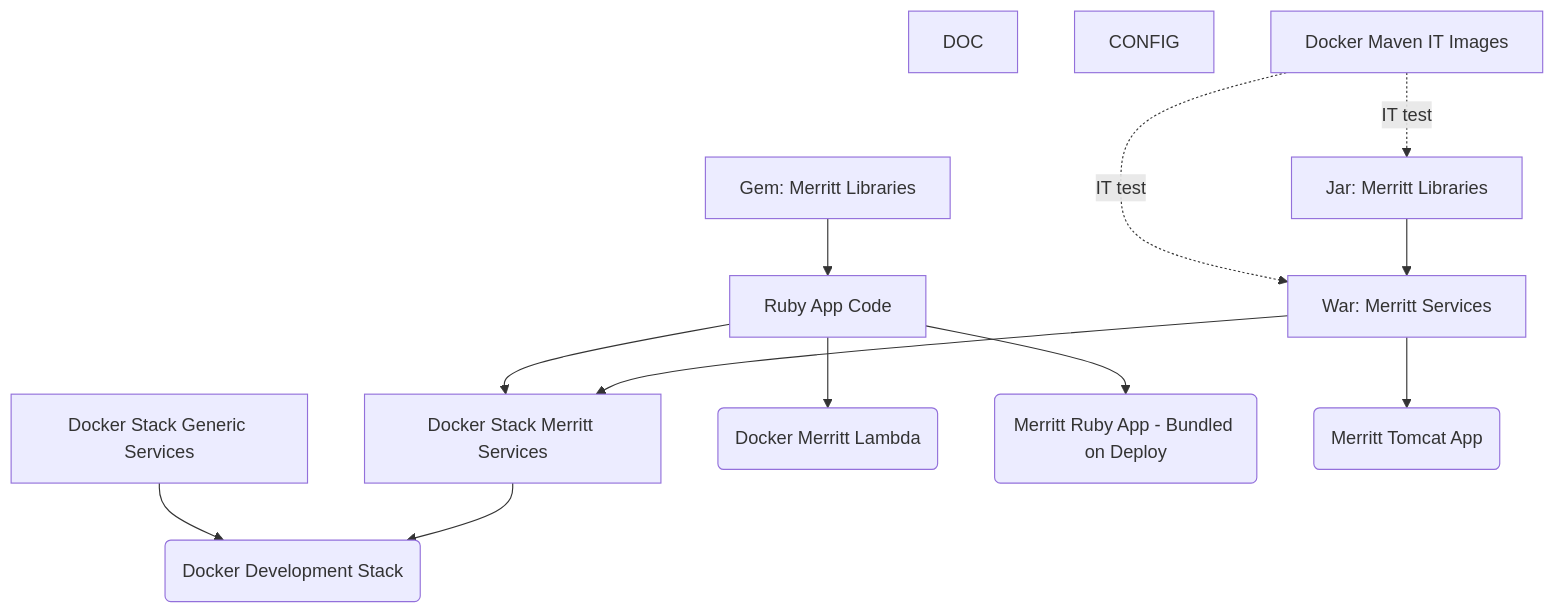
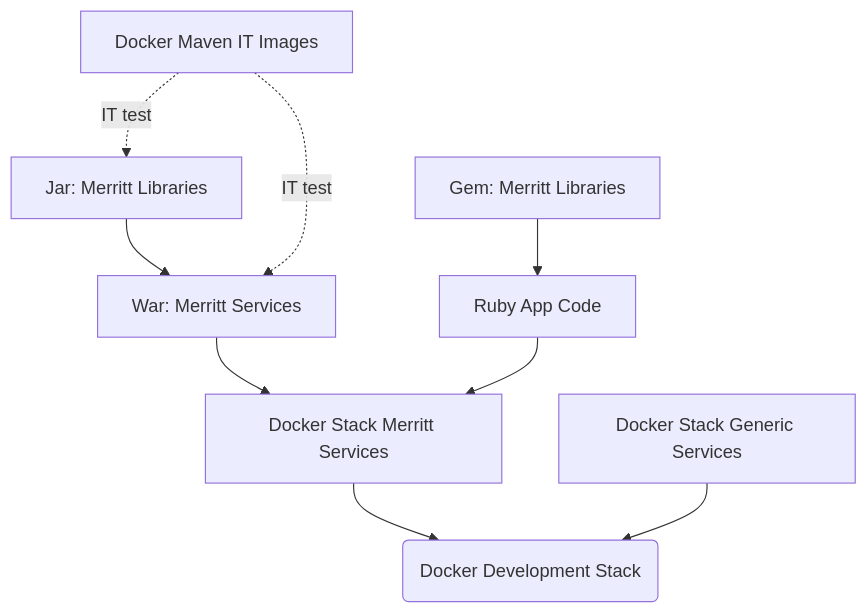
One commit to CDLUC3/mrt-doc changed the fifth of 5 diagrams in design/aws-build/README.md. Above: the diagram before and after it, drawn with Mermaid. The commit also changed other lines of this file, not shown here.

````diff
--- a/design/aws-build/README.md
+++ b/design/aws-build/README.md
@@ -53,27 +113,19 @@
 ```mermaid
 graph TD
-  DOC
-  CONFIG
   DOCKIT[Docker Maven IT Images]
   DOCKSTACK[Docker Stack Generic Services]
   DOCKSERVICE[Docker Stack Merritt Services]
   JAR[Jar: Merritt Libraries]
   WAR[War: Merritt Services]
   GEM[Gem: Merritt Libraries]
-  LAMBDA(Docker Merritt Lambda)
   RUBY[Ruby App Code]
-  RUBYDEPLOY(Merritt Ruby App - Bundled on Deploy)
-  JAVADEPLOY(Merritt Tomcat App)
   DOCKTEST(Docker Development Stack)
   DOCKIT -.-> |IT test| JAR
   JAR --> WAR
   DOCKIT -.-> |IT test| WAR
-  WAR --> JAVADEPLOY
   WAR --> DOCKSERVICE
   GEM --> RUBY
-  RUBY --> RUBYDEPLOY
-  RUBY --> LAMBDA
   RUBY --> DOCKSERVICE
   DOCKSERVICE --> DOCKTEST
   DOCKSTACK -->DOCKTEST
 ```
````
